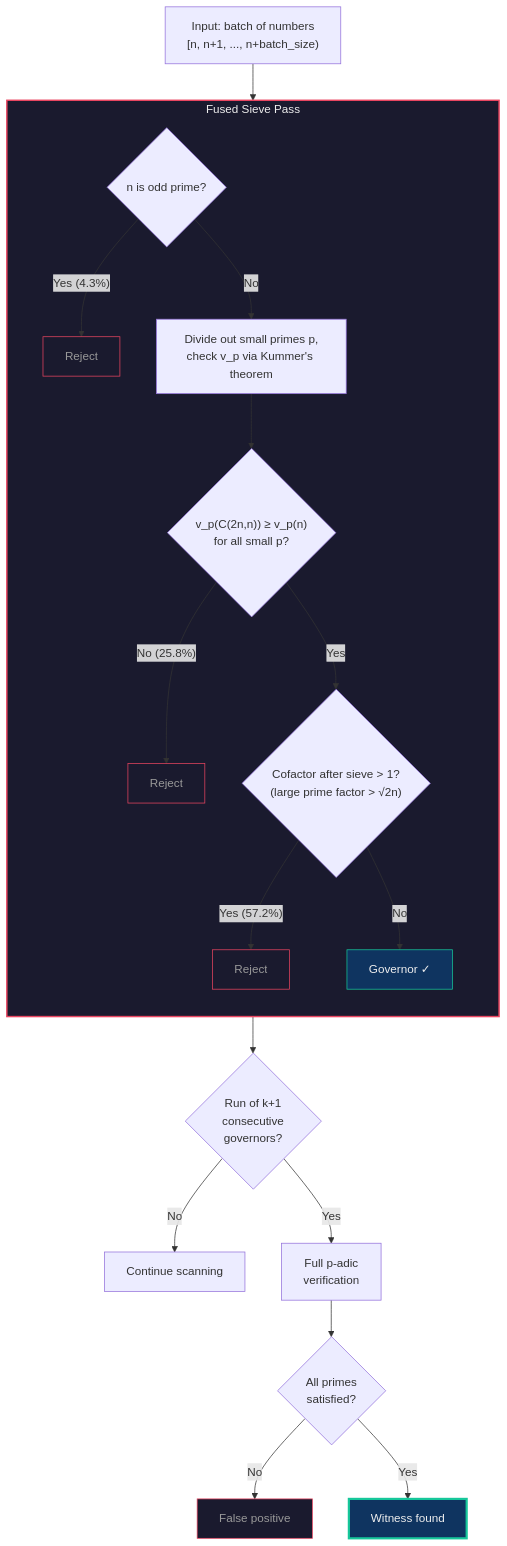
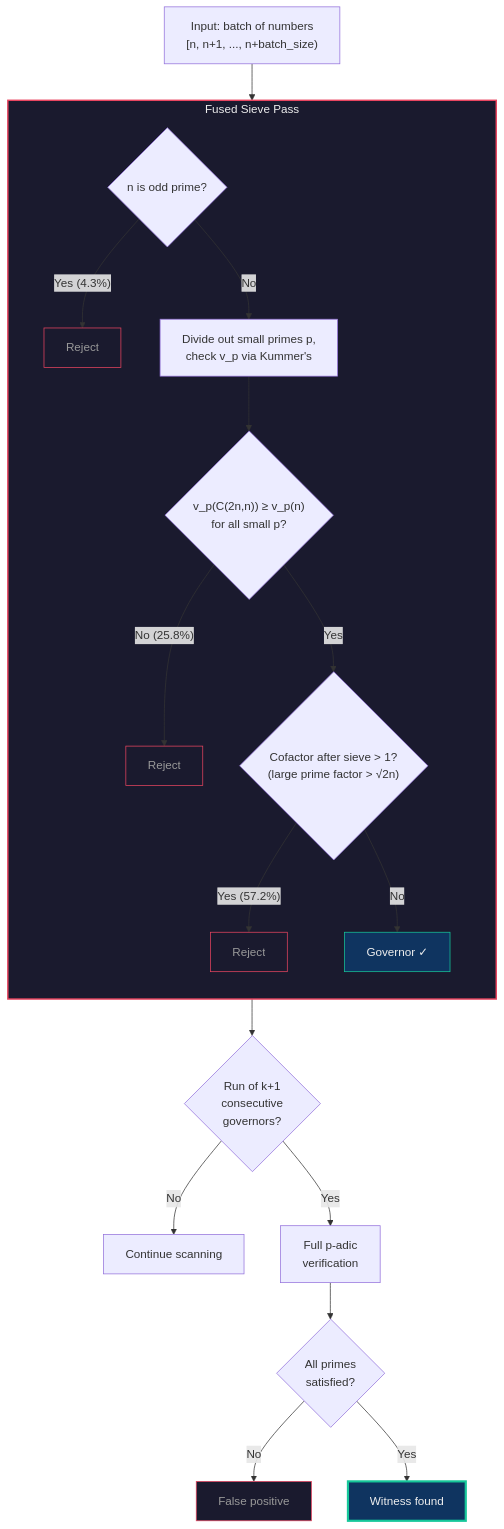
The diagram in README.md (jdehorty/erdos396), drawn with Mermaid before and after one commit.

Commit message:
fix: shorten Mermaid node label to fix rendering

````diff
--- a/README.md
+++ b/README.md
@@ -74,31 +74,31 @@
 ```mermaid
 graph TD
     A["Input: batch of numbers<br/>[n, n+1, ..., n+batch_size)"] --> B
 
     subgraph FUSED["Fused Sieve Pass"]
         direction TB
         B{"n is odd prime?"}
         B -- "Yes (4.3%)" --> R1["Reject"]
-        B -- No --> C["Divide out small primes p,<br/>check v_p via Kummer's theorem"]
+        B -- No --> C["Divide out small primes p,<br/>check v_p via Kummer's"]
         C --> D{"v_p(C(2n,n)) &ge; v_p(n)<br/>for all small p?"}
         D -- "No (25.8%)" --> R2["Reject"]
         D -- Yes --> E{"Cofactor after sieve > 1?<br/>(large prime factor > &radic;2n)"}
         E -- "Yes (57.2%)" --> R3["Reject"]
         E -- No --> G["Governor &check;"]
     end
 
     G --> H{"Run of k+1<br/>consecutive<br/>governors?"}
     H -- No --> I["Continue scanning"]
     H -- Yes --> J["Full p-adic<br/>verification"]
     J --> K{"All primes<br/>satisfied?"}
     K -- No --> L["False positive"]
     K -- Yes --> M["Witness found"]
 
     style FUSED fill:#1a1a2e,stroke:#e94560,stroke-width:2px,color:#eee
     style G fill:#0f3460,stroke:#16c79a,color:#eee
     style M fill:#0f3460,stroke:#16c79a,stroke-width:3px,color:#eee
     style R1 fill:#1a1a2e,stroke:#e94560,color:#999
     style R2 fill:#1a1a2e,stroke:#e94560,color:#999
     style R3 fill:#1a1a2e,stroke:#e94560,color:#999
     style L fill:#1a1a2e,stroke:#e94560,color:#999
 ```
````
